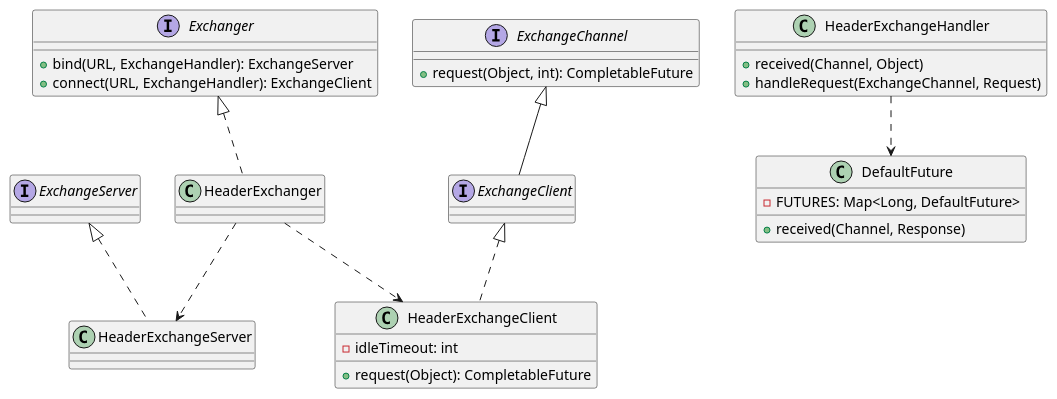
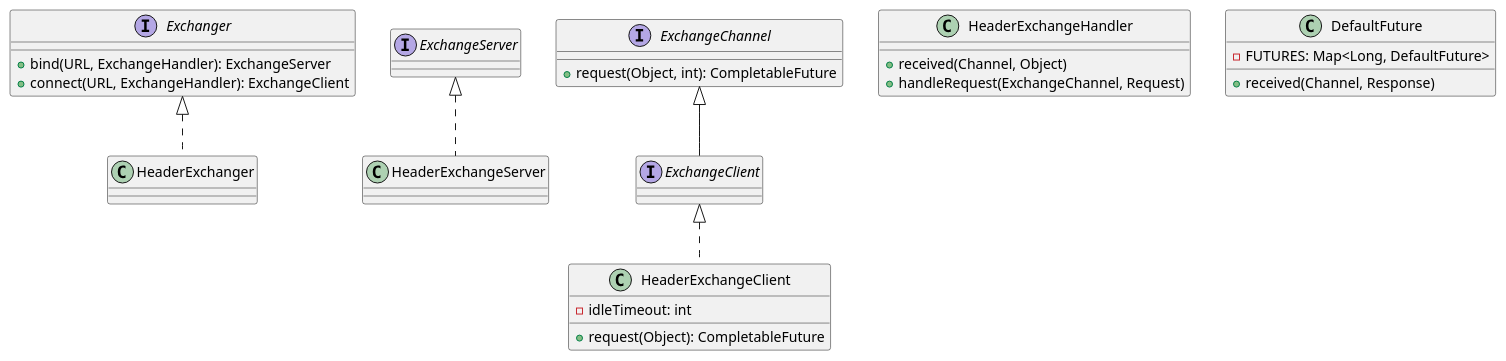
Before and after one commit to kevinwang930/kevinwang930.github.io: the eighth of 16 diagrams in content/post/network/dubbo/index.md, drawn with PlantUML. The commit also changed other lines of this file, not shown here.

````diff
--- a/content/post/network/dubbo/index.md
+++ b/content/post/network/dubbo/index.md
@@ -1244,35 +1506,31 @@
 ```plantuml
 @startuml
 top to bottom direction
 
 interface Exchanger {
   + bind(URL, ExchangeHandler): ExchangeServer
   + connect(URL, ExchangeHandler): ExchangeClient
 }
 class HeaderExchanger implements Exchanger
 
 interface ExchangeServer
 class HeaderExchangeServer implements ExchangeServer
 
 interface ExchangeChannel {
   + request(Object, int): CompletableFuture
 }
 interface ExchangeClient extends ExchangeChannel
 class HeaderExchangeClient implements ExchangeClient {
   - idleTimeout: int
   + request(Object): CompletableFuture
 }
 class HeaderExchangeHandler {
   + received(Channel, Object)
   + handleRequest(ExchangeChannel, Request)
 }
 class DefaultFuture {
   - FUTURES: Map<Long, DefaultFuture>
   + received(Channel, Response)
 }
-
-HeaderExchanger ..> HeaderExchangeServer
-HeaderExchanger ..> HeaderExchangeClient
-HeaderExchangeHandler ..> DefaultFuture
 @enduml
 ```
````
